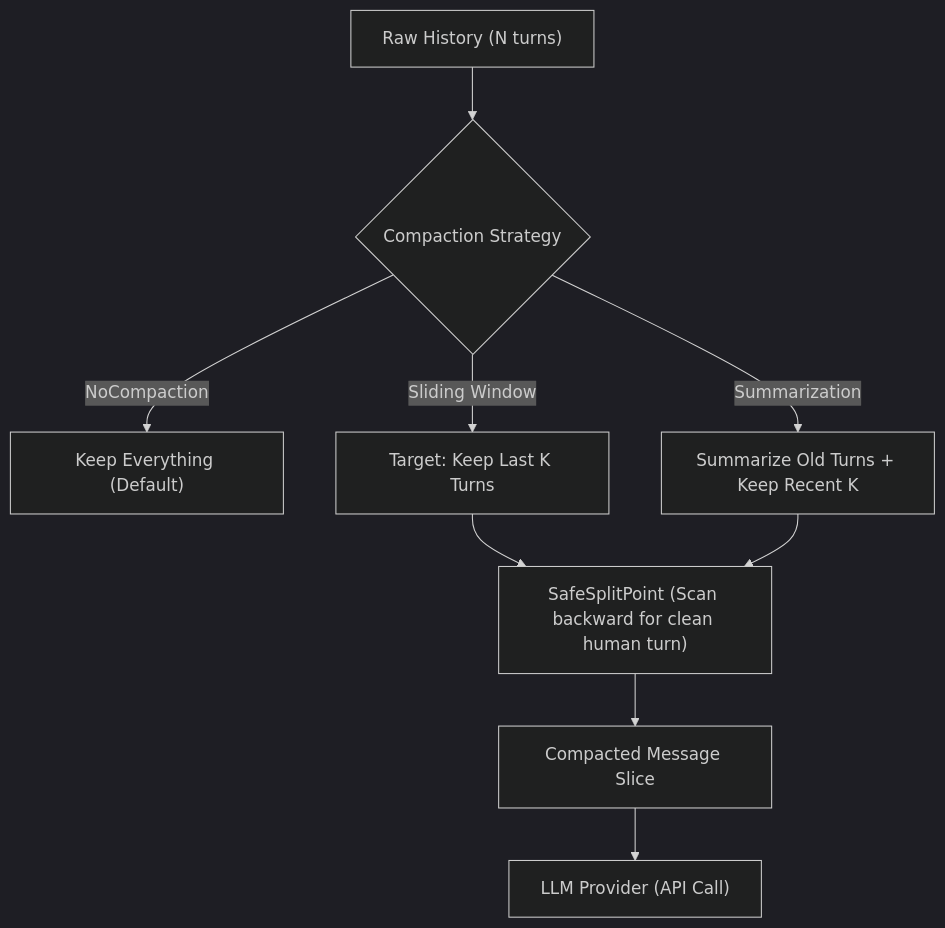
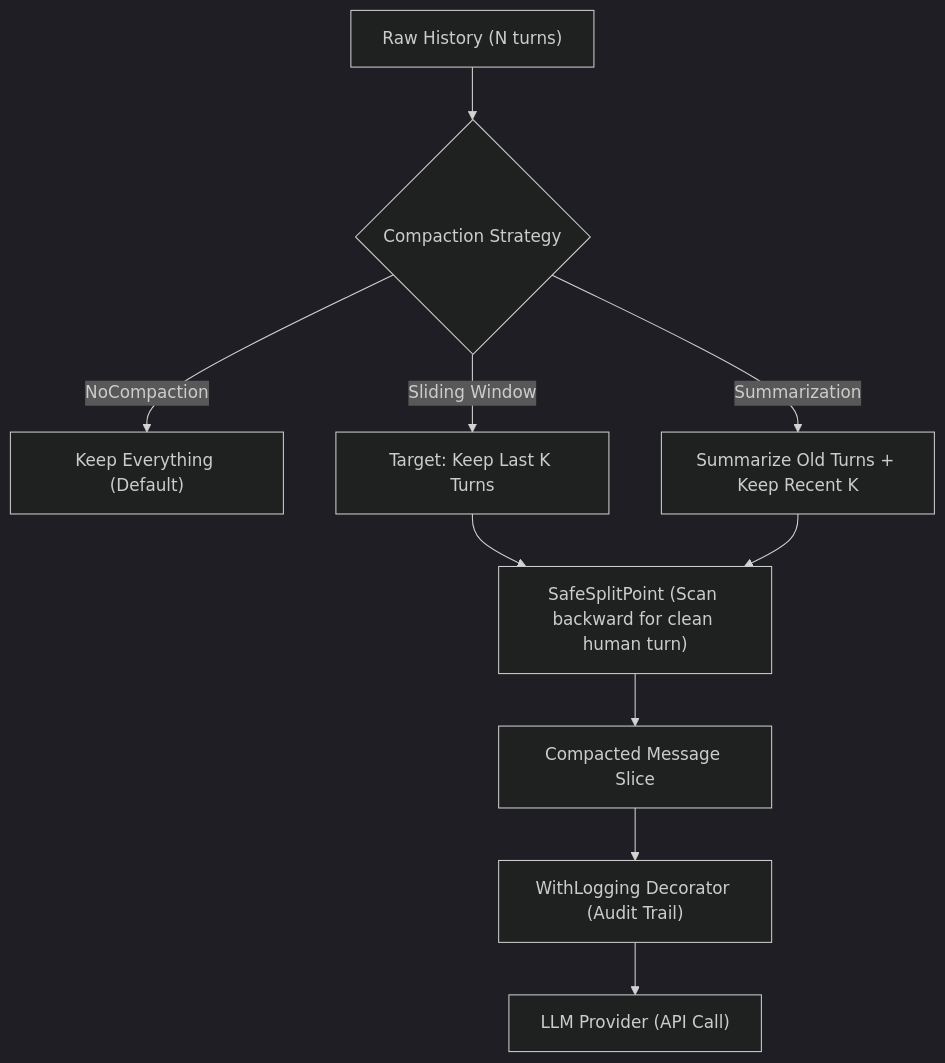
Before and after one commit to AntonioHellin/phi-code-agent: the first of 2 diagrams in docs/steps/07-compaction-strategies.md, drawn with Mermaid (dark theme). The commit also changed other lines of this file and 2 other files, not shown here.

Commit message:
step/07-compaction-strategies: feat: add WithLogging decorator and Summarize strategy with expressive variable names

````diff
--- a/docs/steps/07-compaction-strategies.md
+++ b/docs/steps/07-compaction-strategies.md
@@ -12,11 +12,12 @@
 ```mermaid
 flowchart TD
     Raw["Raw History (N turns)"] --> Compactor{"Compaction Strategy"}
     Compactor -->|NoCompaction| PassThrough["Keep Everything (Default)"]
     Compactor -->|Sliding Window| Trimmed["Target: Keep Last K Turns"]
     Compactor -->|Summarization| Summarized["Summarize Old Turns + Keep Recent K"]
     Trimmed --> SafeSplit["SafeSplitPoint (Scan backward for clean human turn)"]
     Summarized --> SafeSplit
     SafeSplit --> Guarded["Compacted Message Slice"]
-    Guarded --> Provider["LLM Provider (API Call)"]
+    Guarded --> Logger["WithLogging Decorator (Audit Trail)"]
+    Logger --> Provider["LLM Provider (API Call)"]
 ```
````
